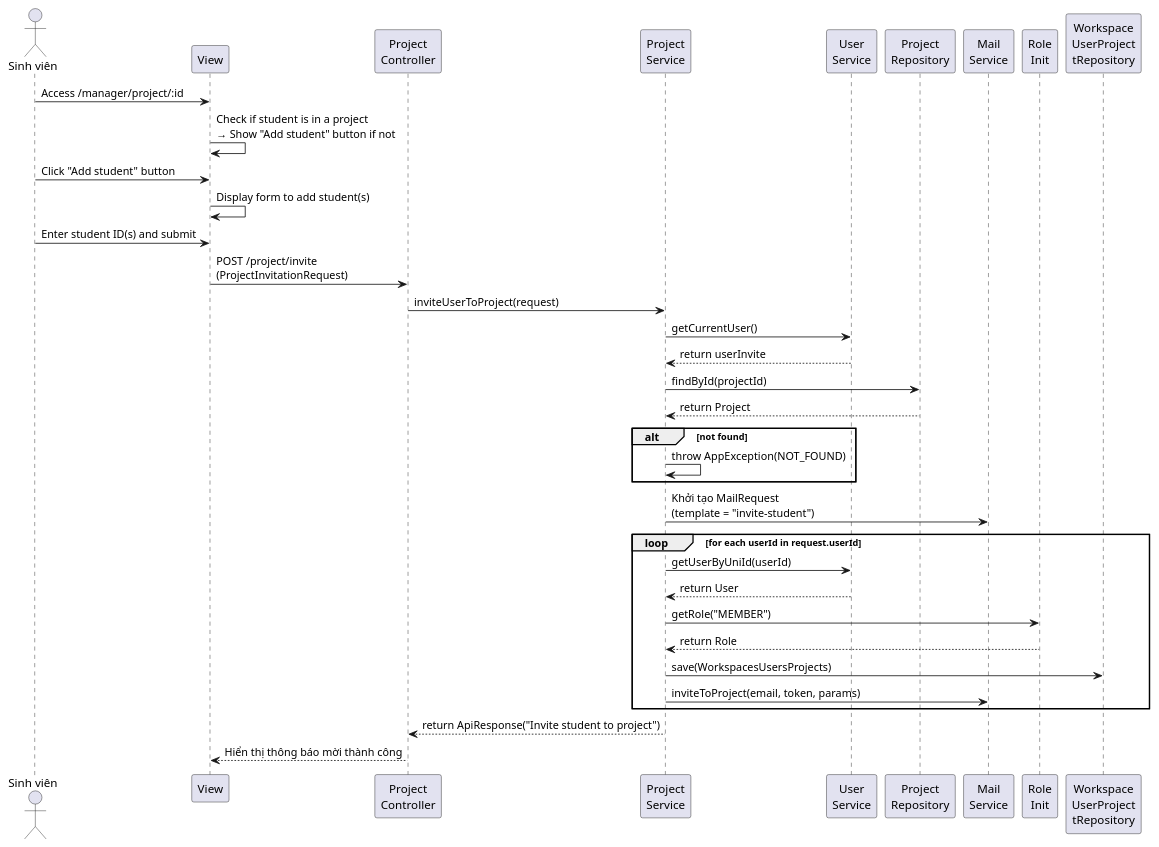
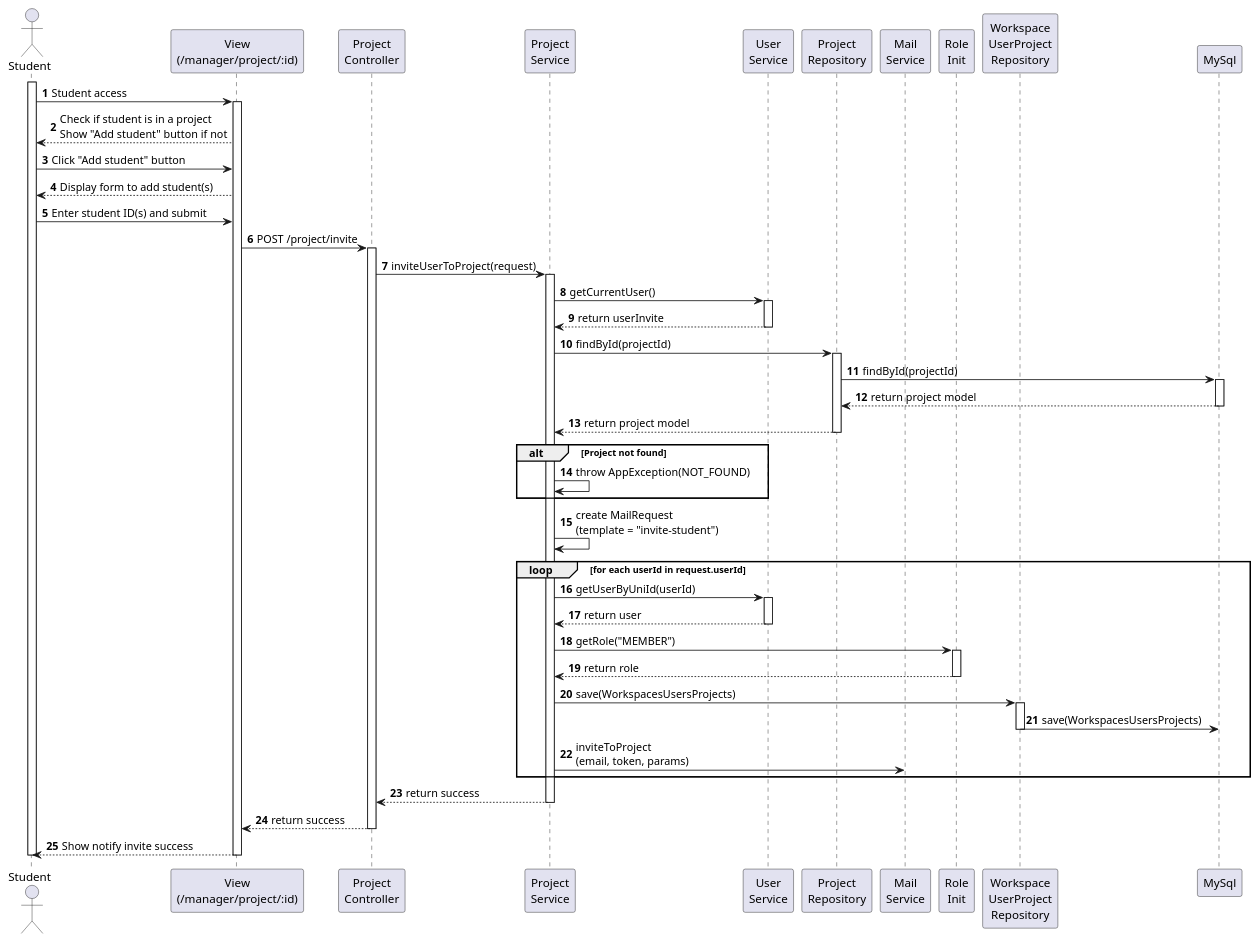
The diagram in swagger/sequence/student/project_invite.puml (tandang2003/KLTN-Agile-Scrum-Tuan-Duc), drawn with PlantUML before and after one commit. The commit also changed 45 other files, not shown here.

Commit message:
feat: update sequence

```diff
--- a/swagger/sequence/student/project_invite.puml
+++ b/swagger/sequence/student/project_invite.puml
@@ -1,47 +1,68 @@
 @startuml
+autonumber
 
-actor "Sinh viên" as SV
-participant "View" as View
+actor "Student" as SV
+participant "View\n(/manager/project/:id)" as View
 participant "Project\nController" as Controller
 participant "Project\nService" as Service
 participant "User\nService" as UserService
 participant "Project\nRepository" as ProjectRepo
 participant "Mail\nService" as MailService
 participant "Role\nInit" as RoleInit
-participant "Workspace\nUserProject\ntRepository" as WUPRepo
+participant "Workspace\nUserProject\nRepository" as WUPRepo
+participant "MySql" as MySQL
 
-SV -> View : Access /manager/project/:id
-View -> View : Check if student is in a project\n→ Show "Add student" button if not
+activate SV
+SV -> View : Student access
+activate View
+View --> SV : Check if student is in a project\nShow "Add student" button if not
 SV -> View : Click "Add student" button
-View -> View : Display form to add student(s)
+View --> SV : Display form to add student(s)
 SV -> View : Enter student ID(s) and submit
-View -> Controller : POST /project/invite\n(ProjectInvitationRequest)
-
+View -> Controller : POST /project/invite
+activate Controller
 Controller -> Service : inviteUserToProject(request)
 
+activate Service
 Service -> UserService : getCurrentUser()
+activate UserService
 UserService --> Service : return userInvite
-
+deactivate UserService
 Service -> ProjectRepo : findById(projectId)
-ProjectRepo --> Service : return Project
-alt not found
+activate ProjectRepo
+ProjectRepo -> MySQL: findById(projectId)
+activate MySQL
+MySQL --> ProjectRepo: return project model
+deactivate MySQL
+ProjectRepo --> Service : return project model
+deactivate ProjectRepo
+alt Project not found
     Service -> Service : throw AppException(NOT_FOUND)
 end
 
-Service -> MailService : Khởi tạo MailRequest\n(template = "invite-student")
+Service -> Service : create MailRequest\n(template = "invite-student")
 
 loop for each userId in request.userId
     Service -> UserService : getUserByUniId(userId)
-    UserService --> Service : return User
+    activate UserService
+    UserService --> Service : return user
+    deactivate UserService
+    Service -> RoleInit : getRole("MEMBER")
+    activate RoleInit
+    RoleInit --> Service : return role
+    deactivate RoleInit
+    Service -> WUPRepo : save(WorkspacesUsersProjects)
+    activate WUPRepo
+    WUPRepo -> MySQL: save(WorkspacesUsersProjects)
 
-    Service -> RoleInit : getRole("MEMBER")
-    RoleInit --> Service : return Role
-
-    Service -> WUPRepo : save(WorkspacesUsersProjects)
-    Service -> MailService : inviteToProject(email, token, params)
+    deactivate WUPRepo
+    Service -> MailService : inviteToProject\n(email, token, params)
 end
-
-Service --> Controller : return ApiResponse("Invite student to project")
-Controller --> View : Hiển thị thông báo mời thành công
-
+Service --> Controller : return success
+deactivate Service
+Controller --> View : return success
+deactivate Controller
+View --> SV: Show notify invite success
+deactivate View
+deactivate SV
 @enduml
```
